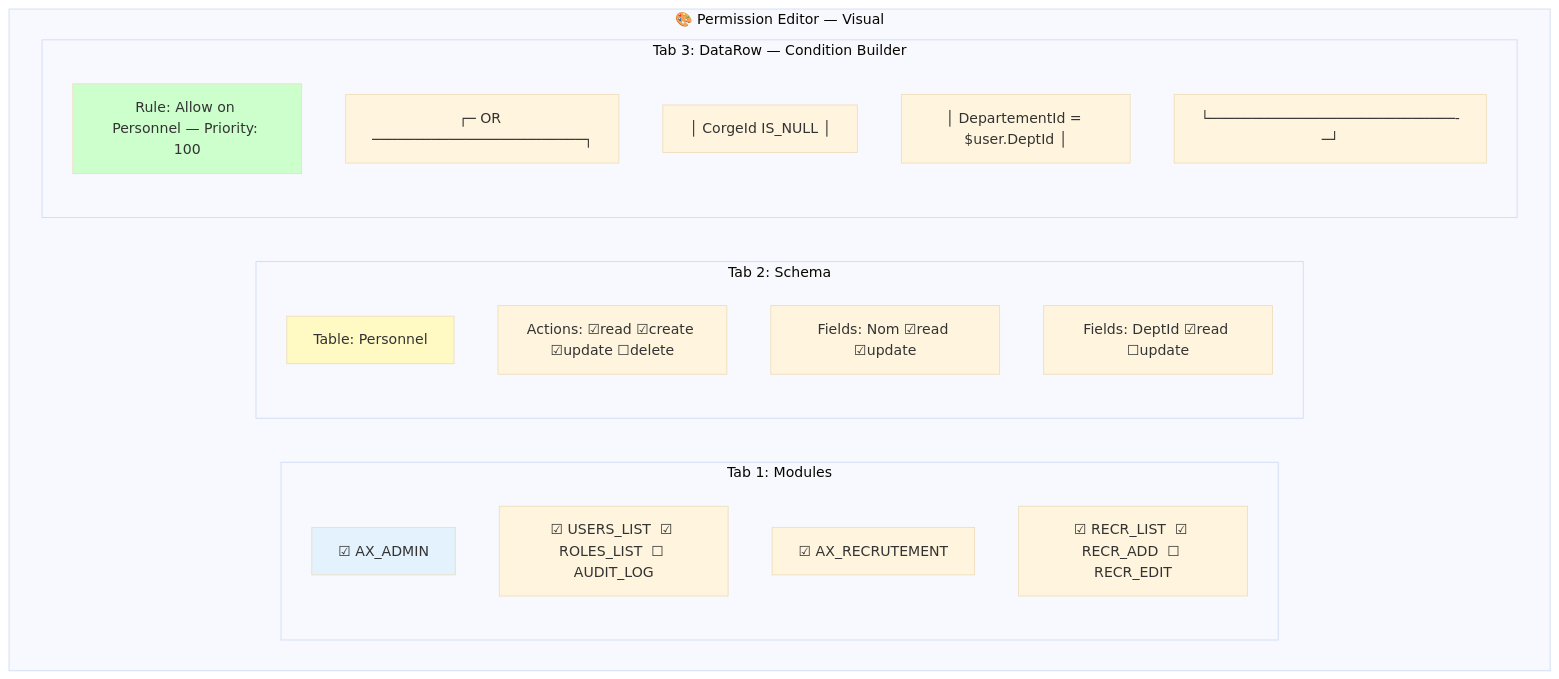
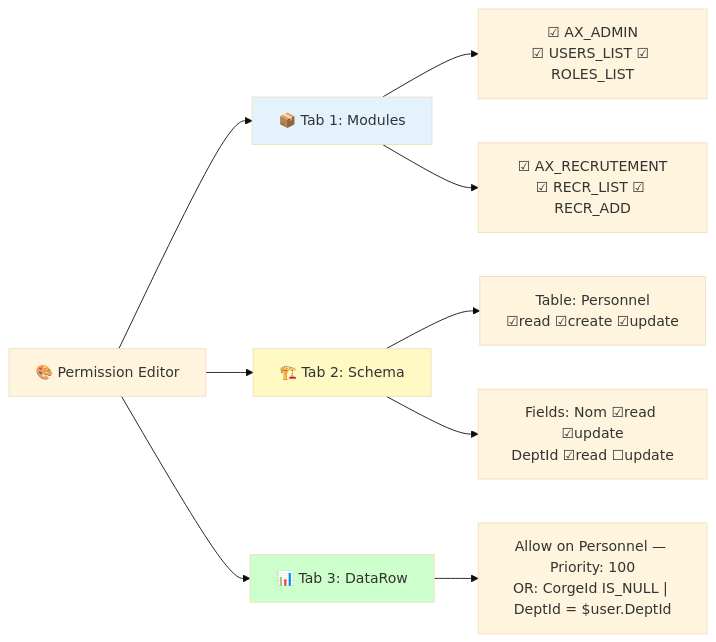
Diagram 21 of 22 in README.md (salahAbdellaoui/MPresentation), drawn with Mermaid (base theme) before and after one commit. The commit also changed other lines of this file, not shown here.

````diff
--- a/README.md
+++ b/README.md
@@ -1181,30 +1173,18 @@
 ```mermaid
-graph TD
-    subgraph Editor["🎨 Permission Editor — Visual"]
-        subgraph Tab1["Tab 1: Modules"]
-            M1["☑ AX_ADMIN"]
-            M2["  ☑ USERS_LIST  ☑ ROLES_LIST  ☐ AUDIT_LOG"]
-            M3["☑ AX_RECRUTEMENT"]
-            M4["  ☑ RECR_LIST  ☑ RECR_ADD  ☐ RECR_EDIT"]
-        end
+graph LR
+    E["🎨 Permission Editor"] --> T1["📦 Tab 1: Modules"]
+    E --> T2["🏗️ Tab 2: Schema"]
+    E --> T3["📊 Tab 3: DataRow"]
 
-        subgraph Tab2["Tab 2: Schema"]
-            S1["Table: Personnel"]
-            S2["Actions: ☑read ☑create ☑update ☐delete"]
-            S3["Fields: Nom ☑read ☑update"]
-            S4["Fields: DeptId ☑read ☐update"]
-        end
+    T1 --> M1["☑ AX_ADMIN<br/>☑ USERS_LIST ☑ ROLES_LIST"]
+    T1 --> M2["☑ AX_RECRUTEMENT<br/>☑ RECR_LIST ☑ RECR_ADD"]
 
-        subgraph Tab3["Tab 3: DataRow — Condition Builder"]
-            D1["Rule: Allow on Personnel — Priority: 100"]
-            D2["┌─ OR ─────────────────────────┐"]
-            D3["│ CorgeId IS_NULL              │"]
-            D4["│ DepartementId = $user.DeptId │"]
-            D5["└─────────────────────────────-─┘"]
-        end
-    end
+    T2 --> S1["Table: Personnel<br/>☑read ☑create ☑update"]
+    T2 --> S2["Fields: Nom ☑read ☑update<br/>DeptId ☑read ☐update"]
 
-    style M1 fill:#e3f2fd
-    style S1 fill:#fff9c4
-    style D1 fill:#ccffcc
+    T3 --> D1["Allow on Personnel — Priority: 100<br/>OR: CorgeId IS_NULL | DeptId = $user.DeptId"]
+
+    style T1 fill:#e3f2fd
+    style T2 fill:#fff9c4
+    style T3 fill:#ccffcc
 ```
````
